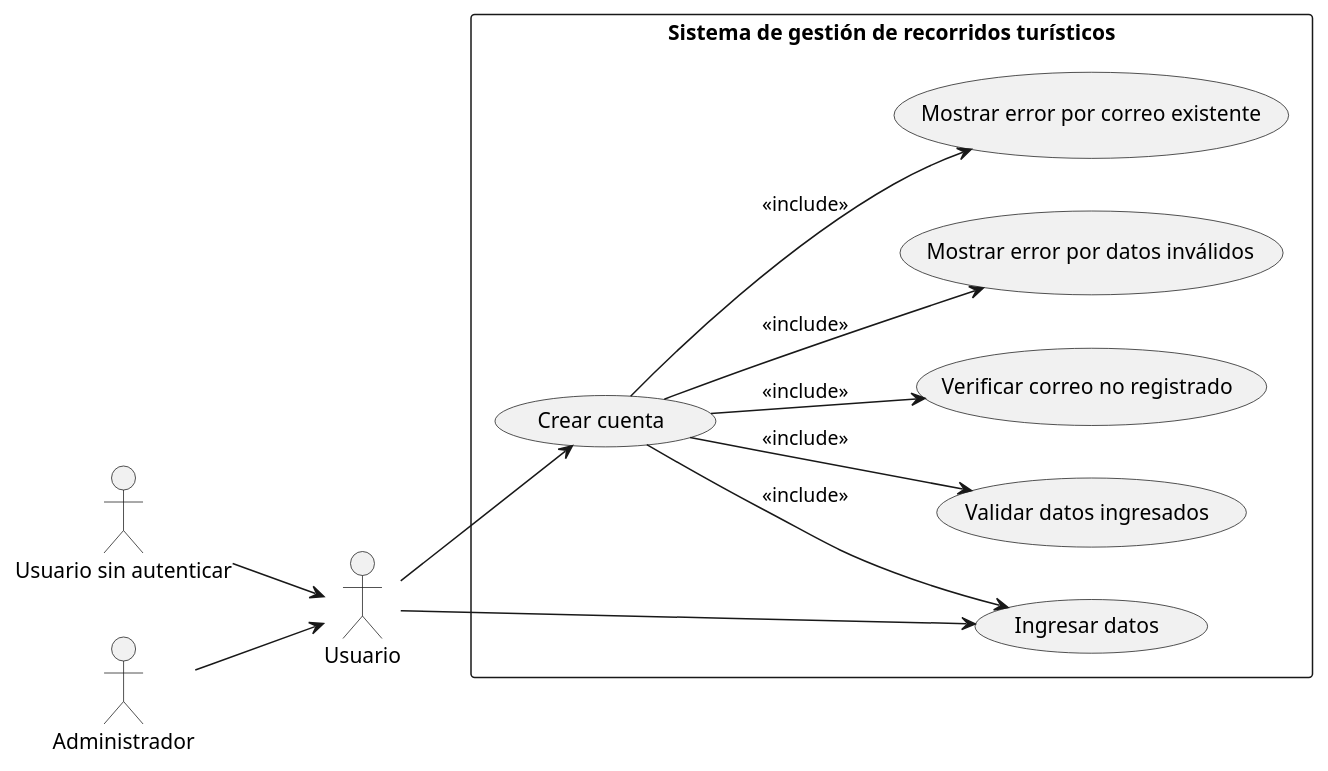
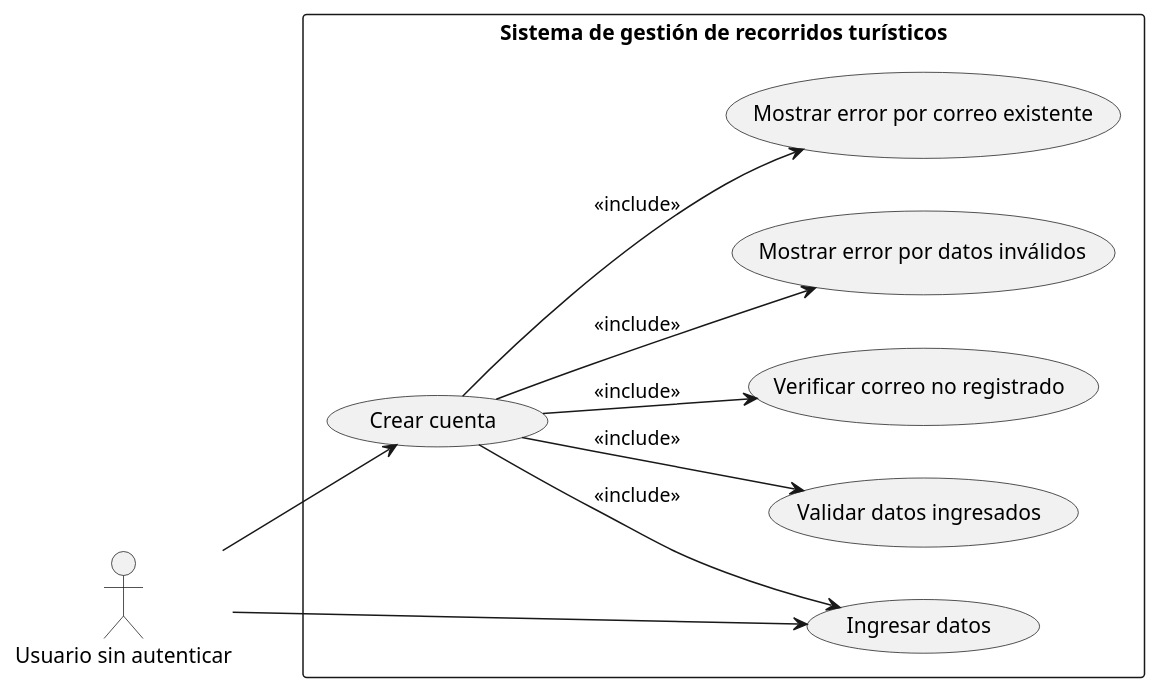
Before and after one commit to LauKnitIn/SISTEMA-GESTOR-DE-RECORRIDOS: the diagram in diagramas_modulo_autenticacion/casos-uso-modulo-autenticacion/CU_Crear_Cuenta.puml, drawn with PlantUML. The commit also changed 2 other files, not shown here.

Commit message:
Se actualizaron los diagramas de Crear cuenta

```diff
--- a/diagramas_modulo_autenticacion/casos-uso-modulo-autenticacion/CU_Crear_Cuenta.puml
+++ b/diagramas_modulo_autenticacion/casos-uso-modulo-autenticacion/CU_Crear_Cuenta.puml
@@ -1,30 +1,25 @@
 @startuml
 left to right direction
 
 actor "Usuario sin autenticar" as UsuarioNoAuth
-actor "Usuario" as Usuario
-actor "Administrador" as Admin
 
 rectangle "Sistema de gestión de recorridos turísticos" {
 
     usecase "Ingresar datos" as UC1
     usecase "Validar datos ingresados" as UC2
     usecase "Crear cuenta" as UC3
     usecase "Verificar correo no registrado" as UC4
     usecase "Mostrar error por datos inválidos" as UC5
     usecase "Mostrar error por correo existente" as UC6
 }
 
-UsuarioNoAuth --> Usuario
-Admin --> Usuario
-
-Usuario --> UC1
-Usuario --> UC3
+UsuarioNoAuth --> UC1
+UsuarioNoAuth --> UC3
 
 UC3 --> UC1 : <<include>>
 UC3 --> UC2 : <<include>>
 UC3 --> UC4 : <<include>>
 UC3 --> UC5 : <<include>>
 UC3 --> UC6 : <<include>>
 
 @enduml
```
